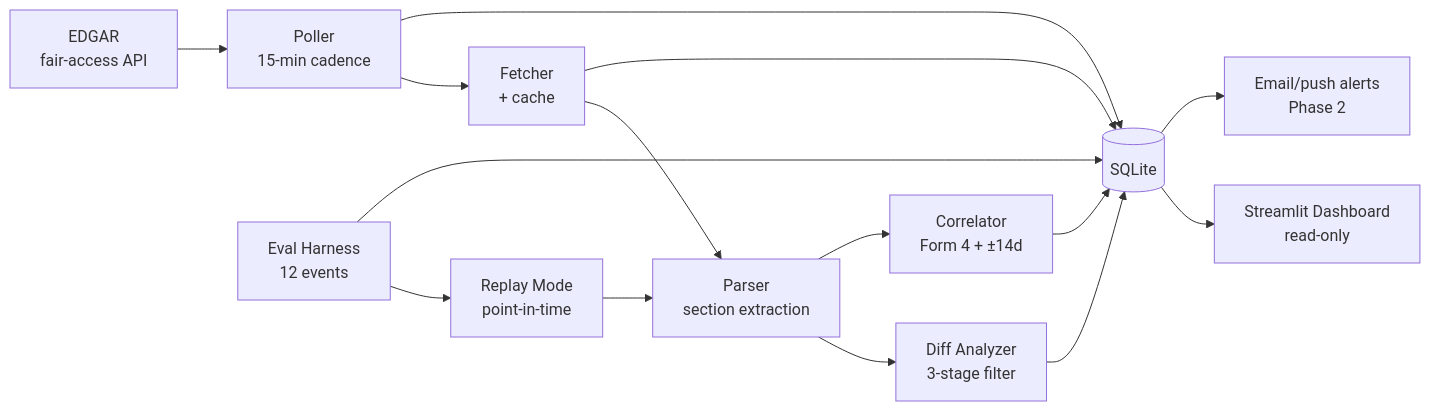
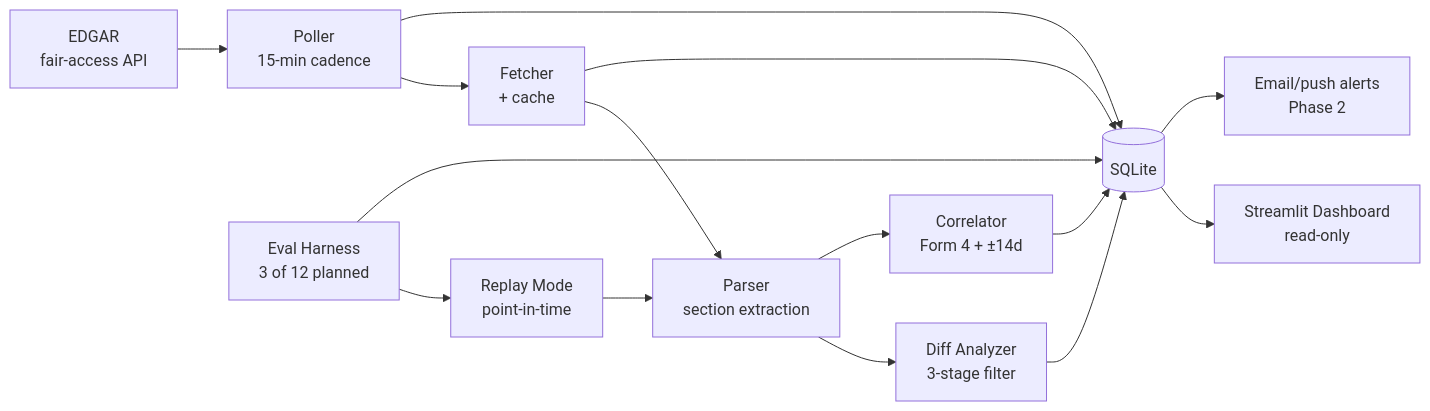
One commit to ian-menachery/redline changed the diagram in ARCHITECTURE.md. Above: the diagram before and after it, drawn with Mermaid. The commit also changed other lines of this file and 1 other file, not shown here.

First line of the commit message:
docs: reconcile eval-set count (12 planned, 3 pre-registered)

````diff
--- a/ARCHITECTURE.md
+++ b/ARCHITECTURE.md
@@ -7,27 +7,27 @@
 ```mermaid
 flowchart LR
     EDGAR[EDGAR<br/>fair-access API]
     POLL[Poller<br/>15-min cadence]
     FETCH[Fetcher<br/>+ cache]
     PARSE[Parser<br/>section extraction]
     DIFF[Diff Analyzer<br/>3-stage filter]
     CORR[Correlator<br/>Form 4 + ±14d]
     DB[(SQLite)]
     DASH[Streamlit Dashboard<br/>read-only]
     ALERT[Email/push alerts<br/>Phase 2]
-    EVAL[Eval Harness<br/>12 events]
+    EVAL[Eval Harness<br/>3 of 12 planned]
     REPLAY[Replay Mode<br/>point-in-time]
 
     EDGAR --> POLL --> FETCH --> PARSE
     PARSE --> DIFF
     PARSE --> CORR
     DIFF --> DB
     CORR --> DB
     POLL --> DB
     FETCH --> DB
     DB --> DASH
     DB --> ALERT
     REPLAY --> PARSE
     EVAL --> REPLAY
     EVAL --> DB
 ```
````
